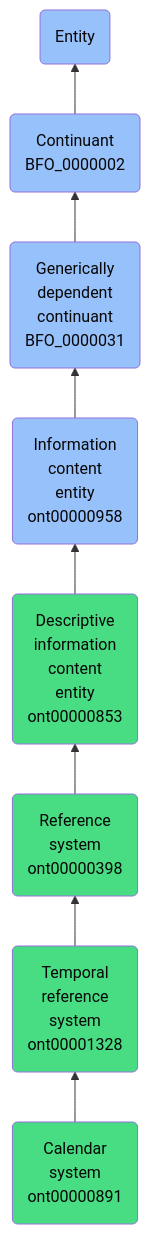
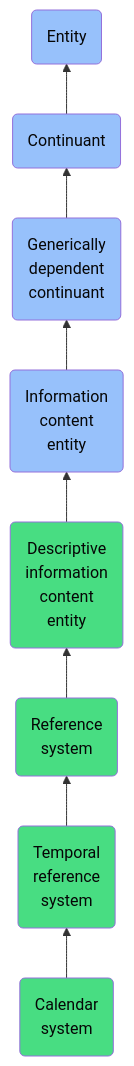
One commit to jupyter-naas/abi changed the diagram in docs/ontology/reference/model/Entity/Continuant/Generically dependent continuant/Information content entity/Descriptive information content entity/Reference system/Temporal reference system/Calendar system/Calendar system.md. Above: the diagram before and after it, drawn with Mermaid. The commit also changed other lines of this file and 1430 other files, not shown here.

````diff
--- a/docs/ontology/reference/model/Entity/Continuant/Generically dependent continuant/Information content entity/Descriptive information content entity/Reference system/Temporal reference system/Calendar system/Calendar system.md
+++ b/docs/ontology/reference/model/Entity/Continuant/Generically dependent continuant/Information content entity/Descriptive information content entity/Reference system/Temporal reference system/Calendar system/Calendar system.md
@@ -24,15 +24,15 @@
 ```mermaid
 graph BT
-    ont00000891(Calendar<br>system<br>ont00000891):::ABI-->ont00001328
-    ont00001328(Temporal<br>reference<br>system<br>ont00001328):::ABI-->ont00000398
-    ont00000398(Reference<br>system<br>ont00000398):::ABI-->ont00000853
-    ont00000853(Descriptive<br>information<br>content<br>entity<br>ont00000853):::ABI-->ont00000958
-    ont00000958(Information<br>content<br>entity<br>ont00000958):::BFO-->BFO_0000031
-    BFO_0000031(Generically<br>dependent<br>continuant<br>BFO_0000031):::BFO-->BFO_0000002
-    BFO_0000002(Continuant<br>BFO_0000002):::BFO-->BFO_0000001
+    ont00000891(Calendar<br>system):::ABI-->ont00001328
+    ont00001328(Temporal<br>reference<br>system):::ABI-->ont00000398
+    ont00000398(Reference<br>system):::ABI-->ont00000853
+    ont00000853(Descriptive<br>information<br>content<br>entity):::ABI-->ont00000958
+    ont00000958(Information<br>content<br>entity):::BFO-->BFO_0000031
+    BFO_0000031(Generically<br>dependent<br>continuant):::BFO-->BFO_0000002
+    BFO_0000002(Continuant):::BFO-->BFO_0000001
     BFO_0000001(Entity):::BFO
     
     classDef BFO fill:#97c1fb,color:#060606
     classDef CCO fill:#e4c51e,color:#060606
     classDef ABI fill:#48DD82,color:#060606
 ```
````
